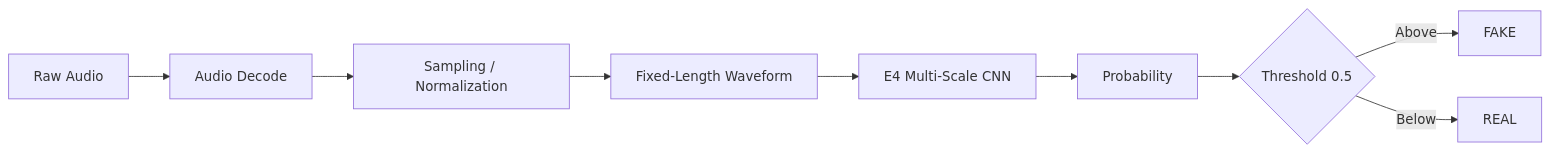
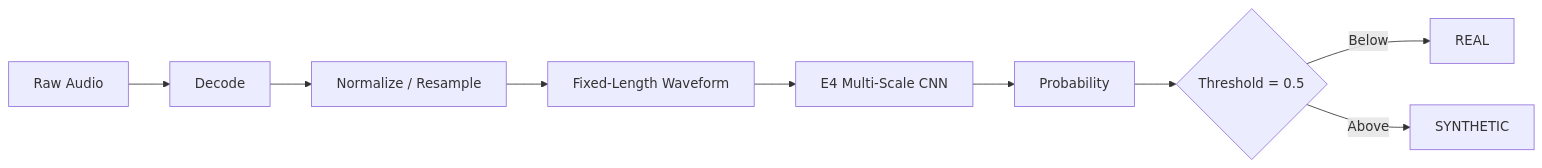
One commit to Jyatin/VoiceGuard changed the third of 5 diagrams in README.md. Above: the diagram before and after it, drawn with Mermaid. The commit also changed other lines of this file, not shown here.

````diff
--- a/README.md
+++ b/README.md
@@ -188,11 +182,11 @@
 ```mermaid
 flowchart LR
-    A[Raw Audio] --> B[Audio Decode]
-    B --> C[Sampling / Normalization]
+    A[Raw Audio] --> B[Decode]
+    B --> C[Normalize / Resample]
     C --> D[Fixed-Length Waveform]
     D --> E[E4 Multi-Scale CNN]
     E --> F[Probability]
-    F --> G{Threshold 0.5}
-    G -->|Above| H[FAKE]
-    G -->|Below| I[REAL]
+    F --> G{Threshold = 0.5}
+    G -->|Below| H[REAL]
+    G -->|Above| I[SYNTHETIC]
 ```
````
